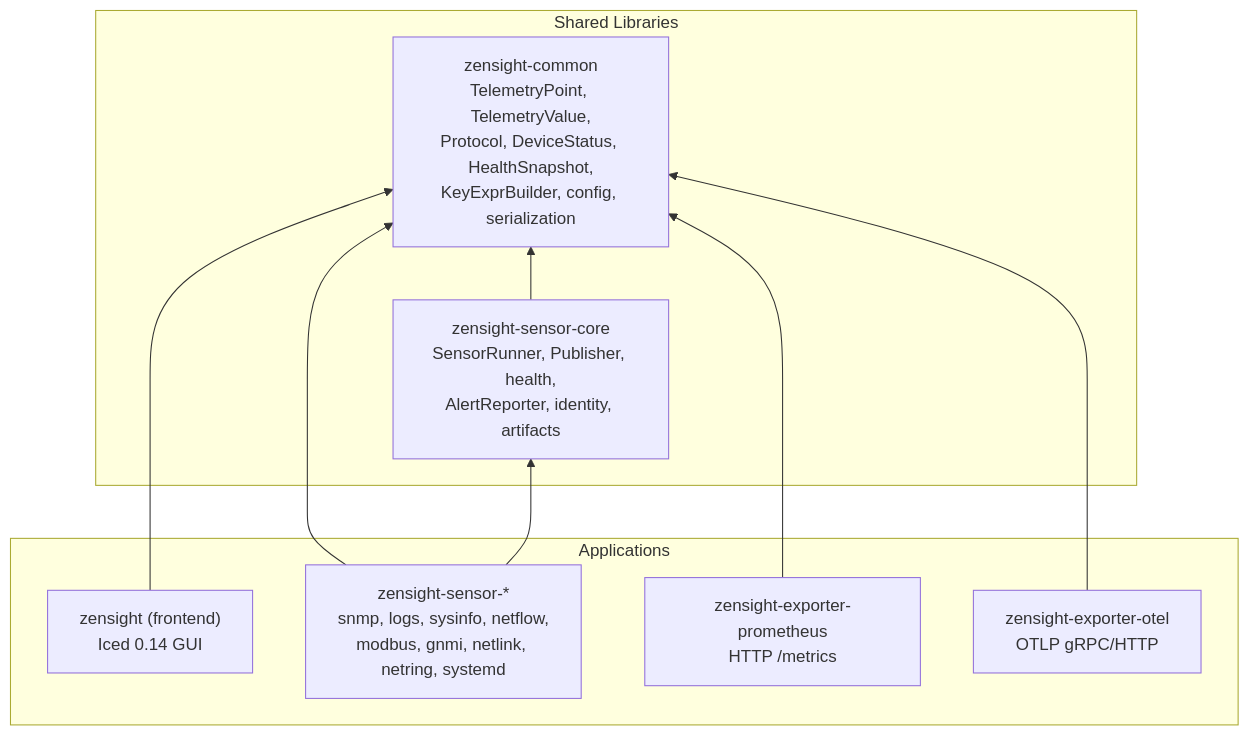
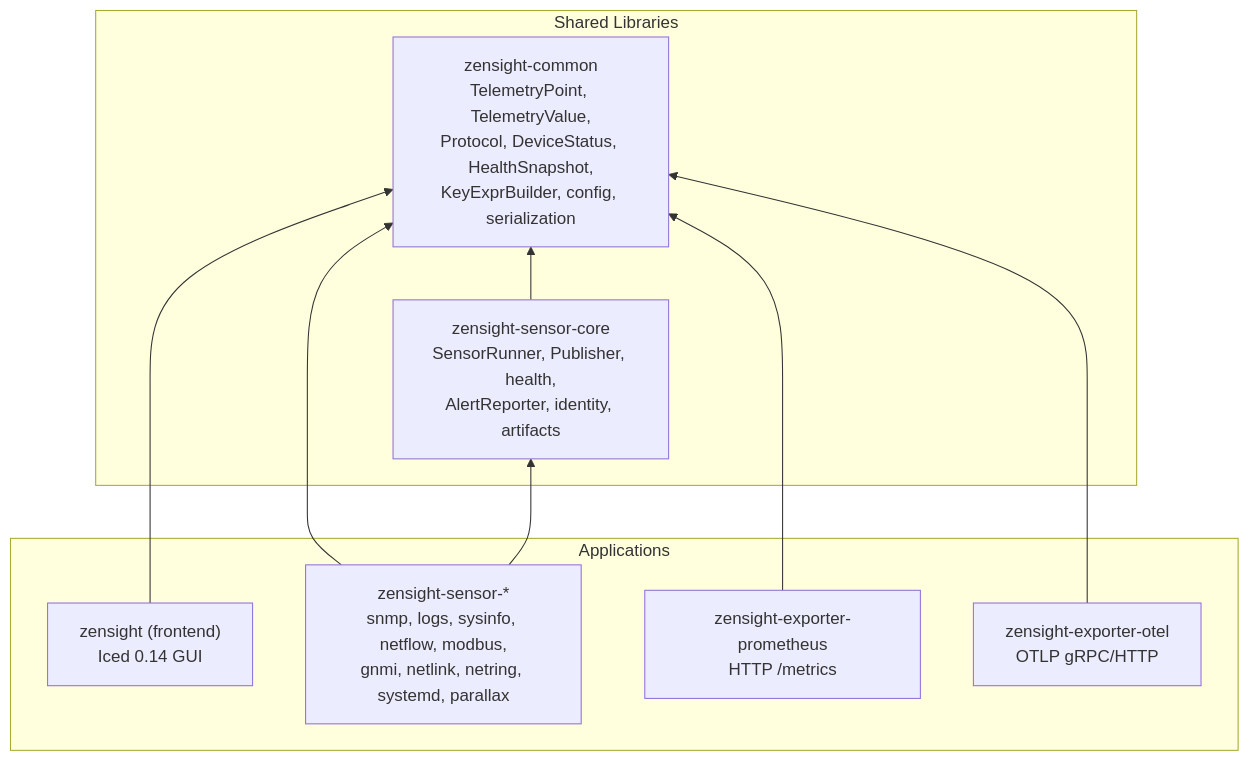
Before and after one commit to p13marc/zensight: the second of 8 diagrams in docs/ARCHITECTURE.md, drawn with Mermaid. The commit also changed other lines of this file and 2 other files, not shown here.

First line of the commit message:
docs: parallax sensor + media plane cross-references (#402)

````diff
--- a/docs/ARCHITECTURE.md
+++ b/docs/ARCHITECTURE.md
@@ -69,22 +72,22 @@
 ```mermaid
 flowchart BT
     subgraph Shared["Shared Libraries"]
         Common["zensight-common<br/>TelemetryPoint, TelemetryValue,<br/>Protocol, DeviceStatus, HealthSnapshot,<br/>KeyExprBuilder, config, serialization"]
         Core["zensight-sensor-core<br/>SensorRunner, Publisher, health,<br/>AlertReporter, identity, artifacts"]
     end
 
     Core --> Common
 
     subgraph Apps["Applications"]
         Frontend["zensight (frontend)<br/>Iced 0.14 GUI"]
-        SensorApps["zensight-sensor-*<br/>snmp, logs, sysinfo, netflow,<br/>modbus, gnmi, netlink, netring, systemd"]
+        SensorApps["zensight-sensor-*<br/>snmp, logs, sysinfo, netflow, modbus,<br/>gnmi, netlink, netring, systemd, parallax"]
         PromExp["zensight-exporter-prometheus<br/>HTTP /metrics"]
         OtelExp["zensight-exporter-otel<br/>OTLP gRPC/HTTP"]
     end
 
     Frontend --> Common
     SensorApps --> Common
     SensorApps --> Core
     PromExp --> Common
     OtelExp --> Common
 ```
````
